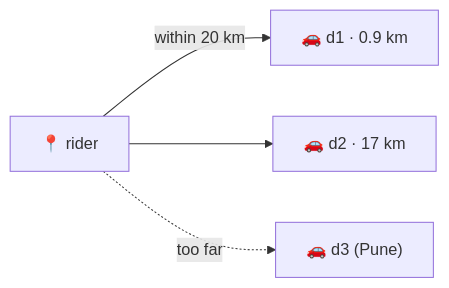
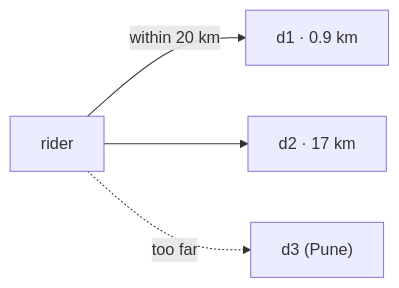
The ninth of 53 diagrams in src/redis.md (jamal474/slides), drawn with Mermaid before and after one commit. The commit also changed other lines of this file, not shown here.

````diff
--- a/src/redis.md
+++ b/src/redis.md
@@ -560,6 +557,6 @@
 ```mermaid
 flowchart LR
-  U["📍 rider"] -->|"within 20 km"| D1["🚗 d1 · 0.9 km"]
-  U --> D2["🚗 d2 · 17 km"]
-  U -.->|"too far"| D3["🚗 d3 (Pune)"]
+  U["rider"] -->|"within 20 km"| D1["d1 · 0.9 km"]
+  U --> D2["d2 · 17 km"]
+  U -.->|"too far"| D3["d3 (Pune)"]
 ```
````
